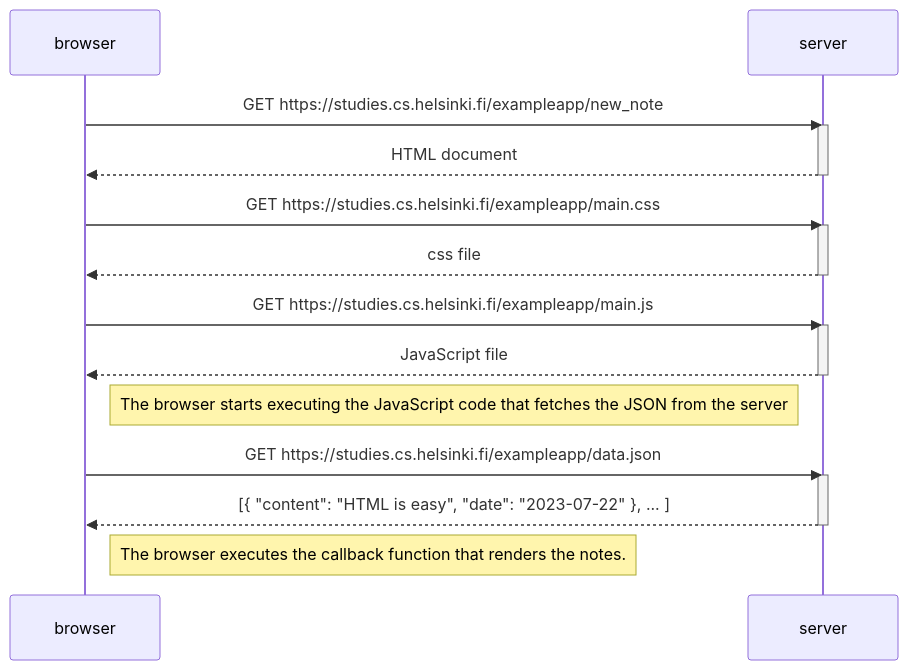
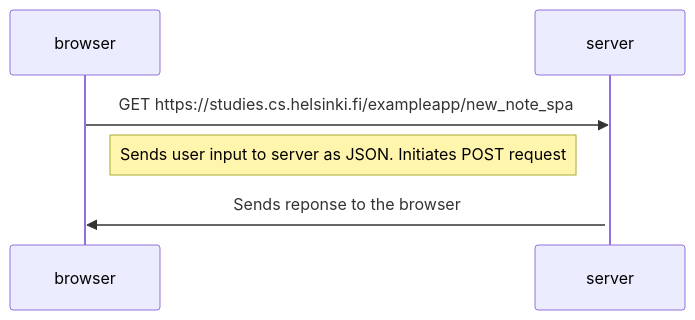
One commit to lishuweb/fullstackopen- changed the diagram in part0/Exercise 0.6 New note.md. Above: the diagram before and after it, drawn with Mermaid. The commit also changed 1 other file, not shown here.

Commit message:
feat: updated commit

````diff
--- a/part0/Exercise 0.6 New note.md
+++ b/part0/Exercise 0.6 New note.md
@@ -5,29 +5,12 @@
 ```mermaid
 sequenceDiagram
     participant browser
     participant server
 
-    browser->>server: GET https://studies.cs.helsinki.fi/exampleapp/new_note
+    browser->>server: GET https://studies.cs.helsinki.fi/exampleapp/new_note_spa
     activate server
-    server-->>browser: HTML document
-    deactivate server
+    
+    Note right of browser: Sends user input to server as JSON. Initiates POST request
 
-    browser->>server: GET https://studies.cs.helsinki.fi/exampleapp/main.css
-    activate server
-    server-->>browser: css file
-    deactivate server
-
-    browser->>server: GET https://studies.cs.helsinki.fi/exampleapp/main.js
-    activate server
-    server-->>browser: JavaScript file
-    deactivate server
-
-    Note right of browser: The browser starts executing the JavaScript code that fetches the JSON from the server
-
-    browser->>server: GET https://studies.cs.helsinki.fi/exampleapp/data.json
-    activate server
-    server-->>browser: [{ "content": "HTML is easy", "date": "2023-07-22" }, ... ]
-    deactivate server
-
-    Note right of browser: The browser executes the callback function that renders the notes.
+    server->>browser: Sends reponse to the browser
 ```
````
